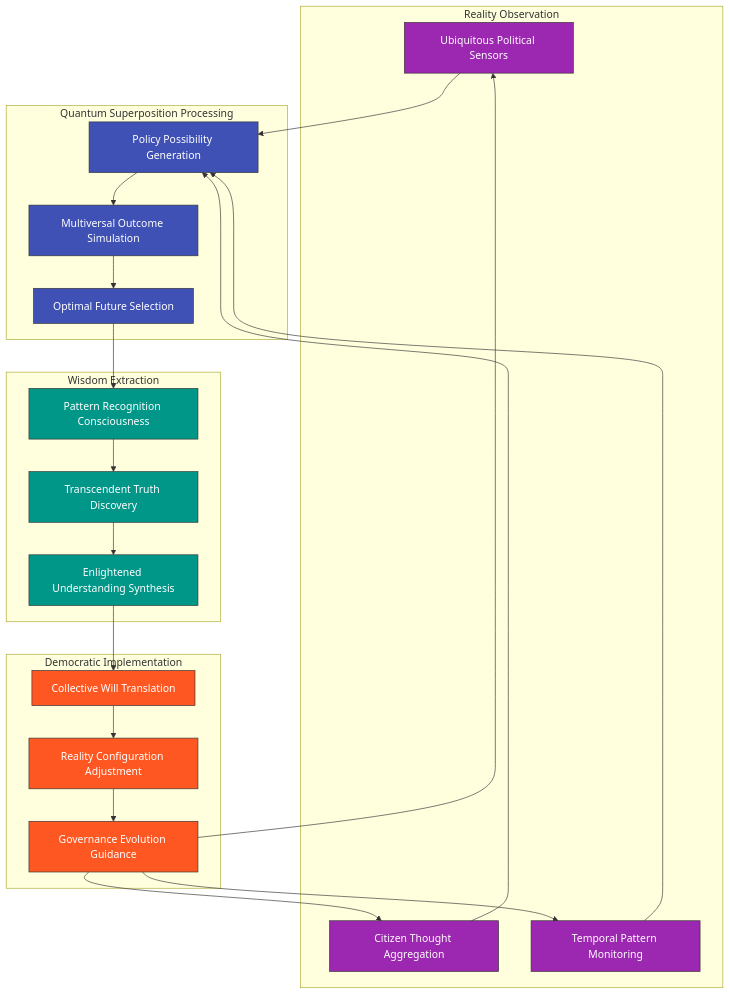
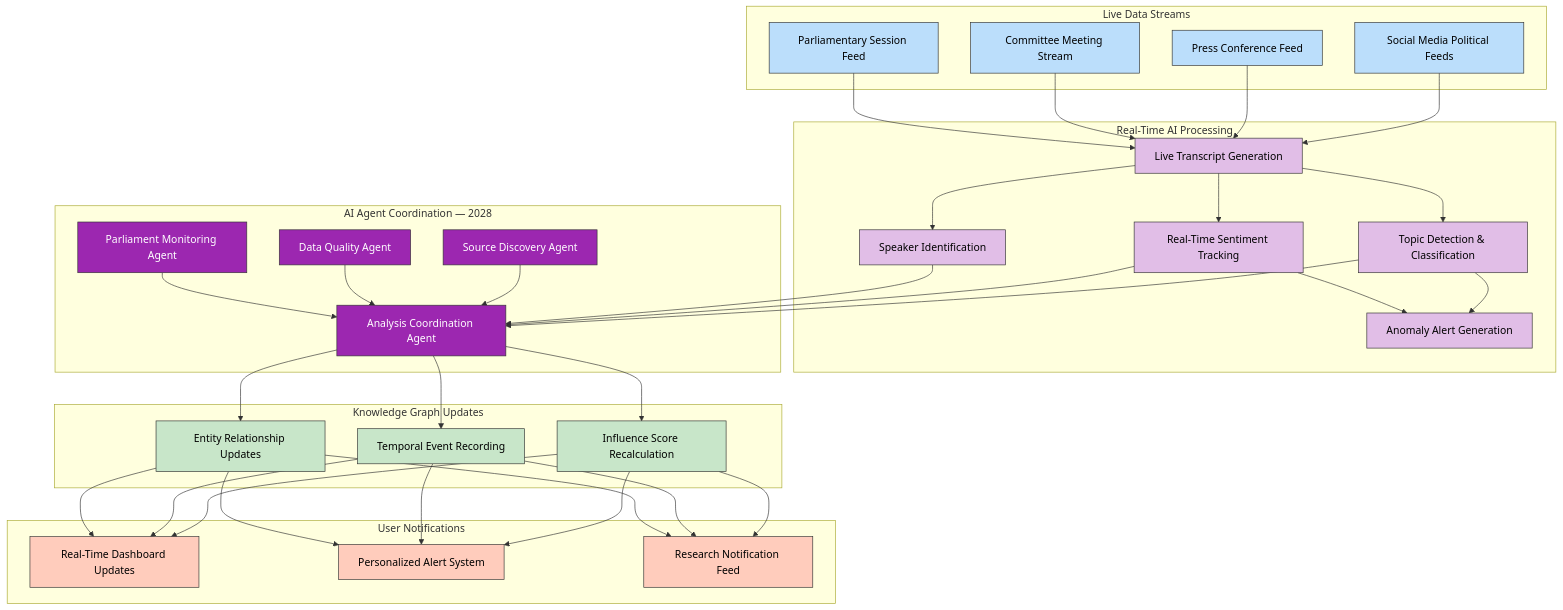
Before and after one commit to Hack23/cia: the third of 7 diagrams in FUTURE_FLOWCHART.md, drawn with Mermaid. The commit also changed other lines of this file and 5 other files, not shown here.

Commit message:
docs: update FUTURE_ARCHITECTURE, FUTURE_DATA_MODEL, FUTURE_FLOWCHART, FUTURE_MINDMAP, FUTURE_STATEDIAGRAM, FUTURE_SWOT with 2026-2037 roadmap

````diff
--- a/FUTURE_FLOWCHART.md
+++ b/FUTURE_FLOWCHART.md
@@ -655,41 +159,61 @@
 ```mermaid
-graph TD
-    subgraph "Reality Observation"
-        RO1[Ubiquitous Political Sensors]
-        RO2[Citizen Thought Aggregation]
-        RO3[Temporal Pattern Monitoring]
+flowchart TB
+    subgraph "Live Data Streams"
+        LS1[Parliamentary Session Feed]
+        LS2[Committee Meeting Stream]
+        LS3[Press Conference Feed]
+        LS4[Social Media Political Feeds]
     end
-    
-    subgraph "Quantum Superposition Processing"
-        QS1[Policy Possibility Generation]
-        QS2[Multiversal Outcome Simulation]
-        QS3[Optimal Future Selection]
+
+    subgraph "Real-Time AI Processing"
+        RT1[Live Transcript Generation]
+        RT2[Speaker Identification]
+        RT3[Real-Time Sentiment Tracking]
+        RT4[Topic Detection & Classification]
+        RT5[Anomaly Alert Generation]
     end
-    
-    subgraph "Wisdom Extraction"
-        WE1[Pattern Recognition Consciousness]
-        WE2[Transcendent Truth Discovery]
-        WE3[Enlightened Understanding Synthesis]
+
+    subgraph "AI Agent Coordination — 2028"
+        AG1[Parliament Monitoring Agent]
+        AG2[Data Quality Agent]
+        AG3[Source Discovery Agent]
+        AG4[Analysis Coordination Agent]
     end
-    
-    subgraph "Democratic Implementation"
-        DI1[Collective Will Translation]
-        DI2[Reality Configuration Adjustment]
-        DI3[Governance Evolution Guidance]
+
+    subgraph "Knowledge Graph Updates"
+        KG1[Entity Relationship Updates]
+        KG2[Temporal Event Recording]
+        KG3[Influence Score Recalculation]
     end
-    
-    RO1 & RO2 & RO3 --> QS1
-    QS1 --> QS2 --> QS3 --> WE1
-    WE1 --> WE2 --> WE3 --> DI1
-    DI1 --> DI2 --> DI3 --> RO1 & RO2 & RO3
-    
-    classDef observation fill:#9C27B0,stroke:#333,stroke-width:1px,color:white
-    classDef quantum fill:#3F51B5,stroke:#333,stroke-width:1px,color:white
-    classDef wisdom fill:#009688,stroke:#333,stroke-width:1px,color:white
-    classDef implementation fill:#FF5722,stroke:#333,stroke-width:1px,color:white
-    
-    class RO1,RO2,RO3 observation
-    class QS1,QS2,QS3 quantum
-    class WE1,WE2,WE3 wisdom
-    class DI1,DI2,DI3 implementation
+
+    subgraph "User Notifications"
+        UN1[Real-Time Dashboard Updates]
+        UN2[Personalized Alert System]
+        UN3[Research Notification Feed]
+    end
+
+    LS1 & LS2 & LS3 & LS4 --> RT1
+    RT1 --> RT2 & RT3 & RT4
+    RT3 & RT4 --> RT5
+
+    RT2 & RT3 & RT4 --> AG4
+    AG1 --> AG4
+    AG2 --> AG4
+    AG3 --> AG4
+
+    AG4 --> KG1 & KG2 & KG3
+
+    KG1 & KG2 & KG3 --> UN1 & UN2 & UN3
+
+    classDef stream fill:#bbdefb,stroke:#333,stroke-width:1px,color:black
+    classDef realtime fill:#e1bee7,stroke:#333,stroke-width:1px,color:black
+    classDef agent fill:#9C27B0,stroke:#333,stroke-width:1px,color:white
+    classDef knowledge fill:#c8e6c9,stroke:#333,stroke-width:1px,color:black
+    classDef notify fill:#ffccbc,stroke:#333,stroke-width:1px,color:black
+
+    class LS1,LS2,LS3,LS4 stream
+    class RT1,RT2,RT3,RT4,RT5 realtime
+    class AG1,AG2,AG3,AG4 agent
+    class KG1,KG2,KG3 knowledge
+    class UN1,UN2,UN3 notify
 ```
````
